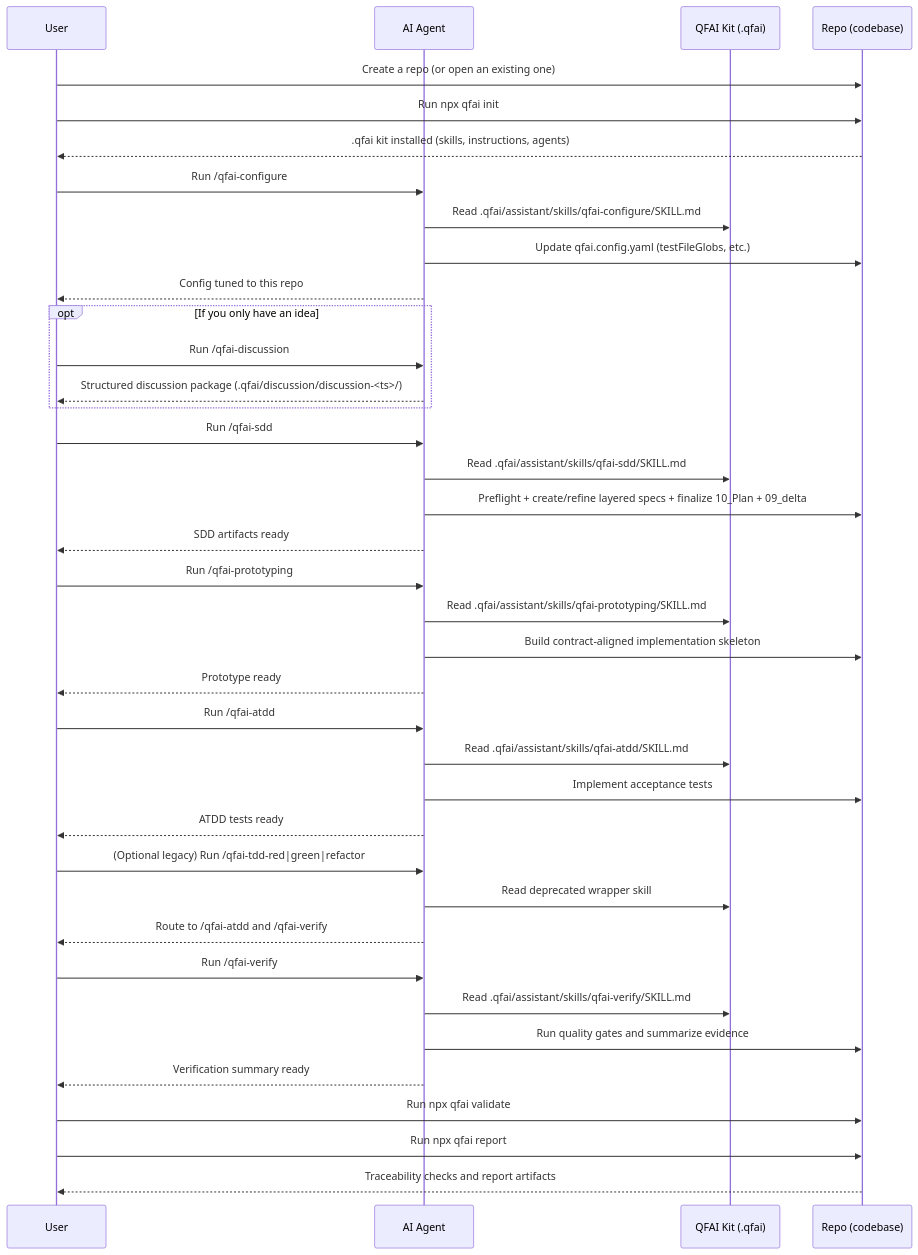
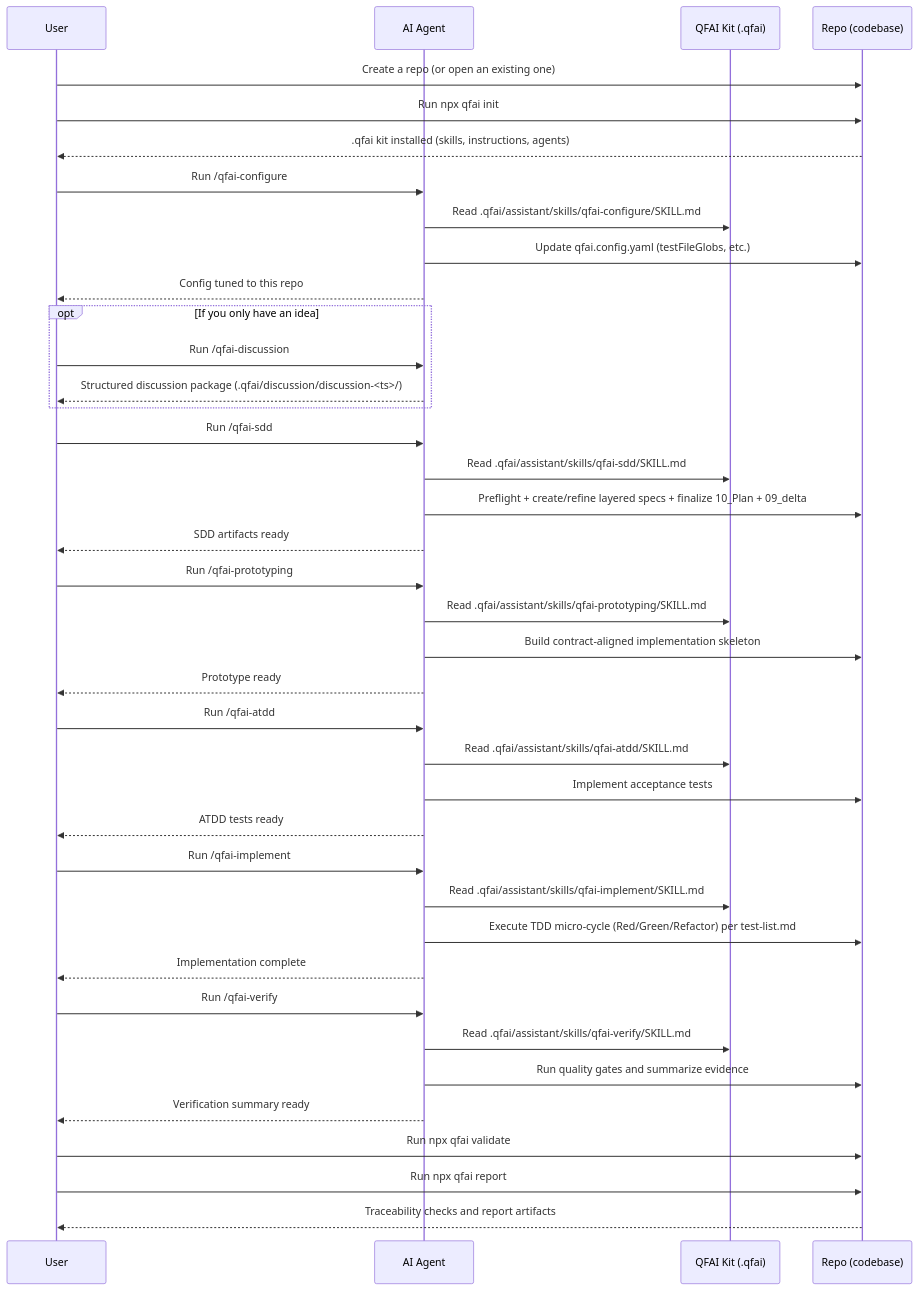
Before and after one commit to aganesy/QFAI: the first of 2 diagrams in packages/qfai/README.md, drawn with Mermaid. The commit also changed other lines of this file and 34 other files, not shown here.

First line of the commit message:
feat: implement spec-0014 qfai-implement unification (v1.6.0)

````diff
--- a/packages/qfai/README.md
+++ b/packages/qfai/README.md
@@ -133,49 +133,50 @@
 ```mermaid
 sequenceDiagram
 participant U as User
 participant AG as AI Agent
 participant Q as QFAI Kit (.qfai)
 participant R as Repo (codebase)
 
 U->>R: Create a repo (or open an existing one)
 U->>R: Run npx qfai init
 R-->>U: .qfai kit installed (skills, instructions, agents)
 
 U->>AG: Run /qfai-configure
 AG->>Q: Read .qfai/assistant/skills/qfai-configure/SKILL.md
 AG->>R: Update qfai.config.yaml (testFileGlobs, etc.)
 AG-->>U: Config tuned to this repo
 
 opt If you only have an idea
 U->>AG: Run /qfai-discussion
 AG-->>U: Structured discussion package (.qfai/discussion/discussion-<ts>/)
 end
 
 U->>AG: Run /qfai-sdd
 AG->>Q: Read .qfai/assistant/skills/qfai-sdd/SKILL.md
 AG->>R: Preflight + create/refine layered specs + finalize 10_Plan + 09_delta
 AG-->>U: SDD artifacts ready
 
 U->>AG: Run /qfai-prototyping
 AG->>Q: Read .qfai/assistant/skills/qfai-prototyping/SKILL.md
 AG->>R: Build contract-aligned implementation skeleton
 AG-->>U: Prototype ready
 
 U->>AG: Run /qfai-atdd
 AG->>Q: Read .qfai/assistant/skills/qfai-atdd/SKILL.md
 AG->>R: Implement acceptance tests
 AG-->>U: ATDD tests ready
 
-U->>AG: (Optional legacy) Run /qfai-tdd-red|green|refactor
-AG->>Q: Read deprecated wrapper skill
-AG-->>U: Route to /qfai-atdd and /qfai-verify
+U->>AG: Run /qfai-implement
+AG->>Q: Read .qfai/assistant/skills/qfai-implement/SKILL.md
+AG->>R: Execute TDD micro-cycle (Red/Green/Refactor) per test-list.md
+AG-->>U: Implementation complete
 
 U->>AG: Run /qfai-verify
 AG->>Q: Read .qfai/assistant/skills/qfai-verify/SKILL.md
 AG->>R: Run quality gates and summarize evidence
 AG-->>U: Verification summary ready
 
 U->>R: Run npx qfai validate
 U->>R: Run npx qfai report
 R-->>U: Traceability checks and report artifacts
 ```
````
